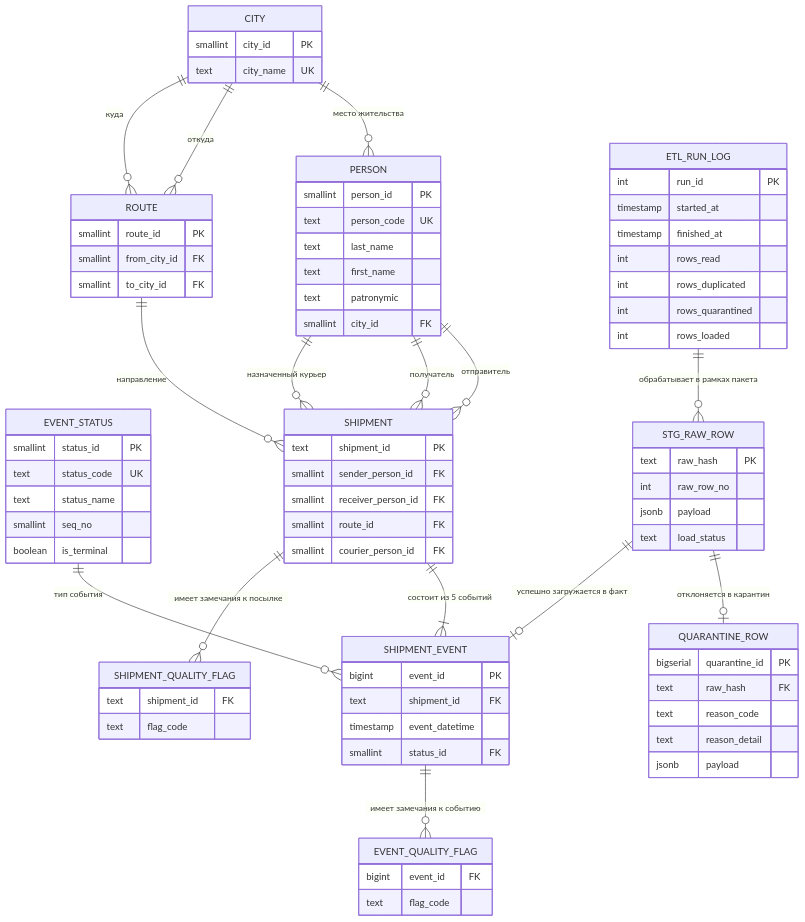
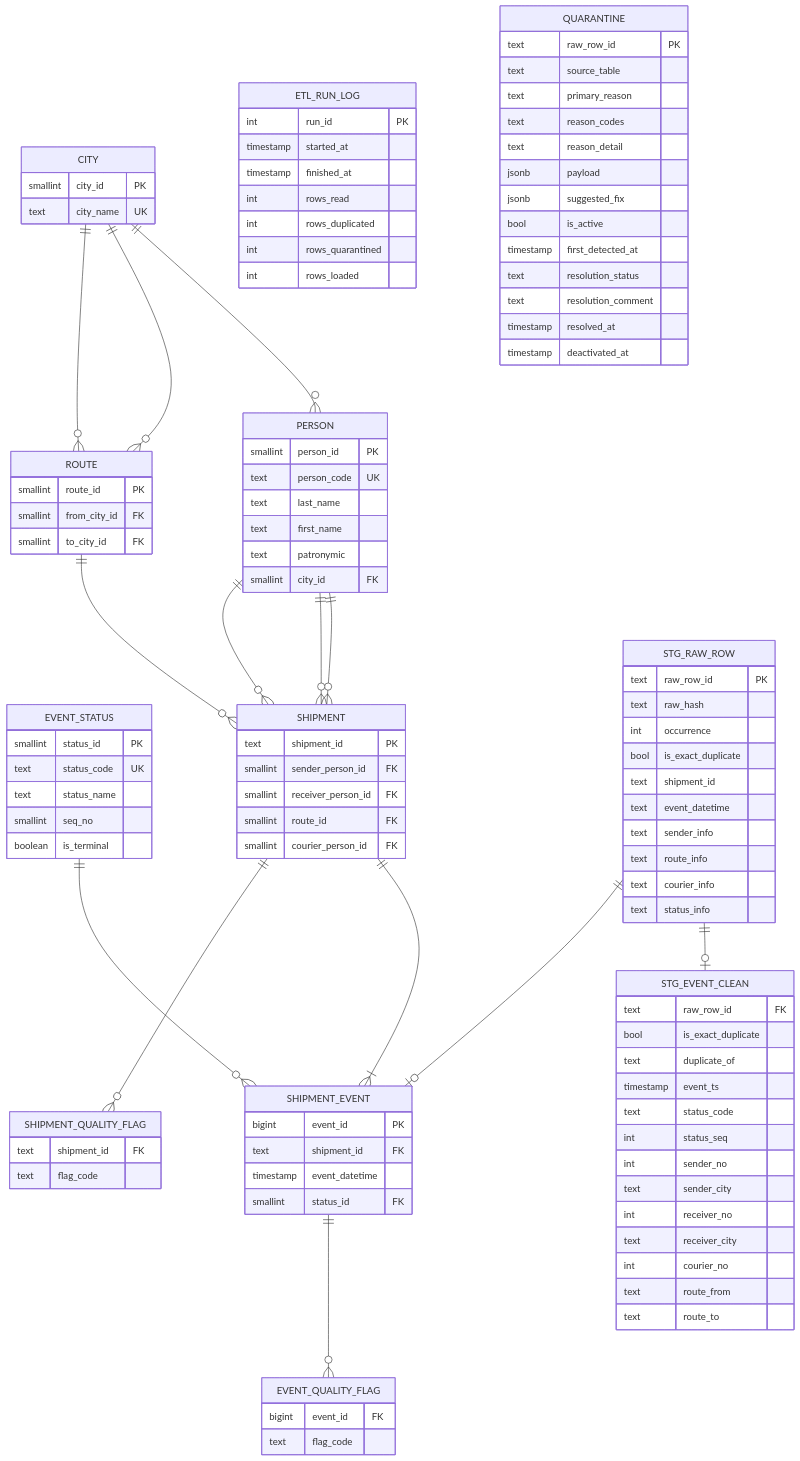
Before and after one commit to MikhailNv/pkad: the third of 3 diagrams in 03_04_PhysDataDDL.md, drawn with Mermaid. The commit also changed other lines of this file and 3 other files, not shown here.

````diff
--- a/03_04_PhysDataDDL.md
+++ b/03_04_PhysDataDDL.md
@@ -185,19 +218,49 @@
         int       rows_loaded
     }
 
-    STG_RAW_ROW {
-        text      raw_hash           PK
-        int       raw_row_no
-        jsonb     payload
-        text      load_status
+    STG_EVENT_CLEAN {
+        text      raw_row_id         FK
+        bool      is_exact_duplicate
+        text      duplicate_of
+        timestamp event_ts
+        text      status_code
+        int       status_seq
+        int       sender_no
+        text      sender_city
+        int       receiver_no
+        text      receiver_city
+        int       courier_no
+        text      route_from
+        text      route_to
     }
 
-    QUARANTINE_ROW {
-        bigserial quarantine_id      PK
-        text      raw_hash FK
-        text      reason_code
+    STG_RAW_ROW {
+        text      raw_row_id         PK
+        text      raw_hash
+        int       occurrence
+        bool      is_exact_duplicate
+        text      shipment_id
+        text      event_datetime
+        text      sender_info
+        text      route_info
+        text      courier_info
+        text      status_info
+    }
+
+    QUARANTINE {
+        text      raw_row_id         PK
+        text      source_table
+        text      primary_reason
+        text      reason_codes
         text      reason_detail
         jsonb     payload
+        jsonb     suggested_fix
+        bool      is_active
+        timestamp first_detected_at
+        text      resolution_status
+        text      resolution_comment
+        timestamp resolved_at
+        timestamp deactivated_at
     }
 
     EVENT_QUALITY_FLAG {
@@ -210,18 +273,17 @@
         text      flag_code
     }
 
-    CITY           ||--o{ PERSON                : "место жительства"
-    CITY           ||--o{ ROUTE                 : "откуда"
-    CITY           ||--o{ ROUTE                 : "куда"
-    PERSON         ||--o{ SHIPMENT              : "отправитель"
-    PERSON         ||--o{ SHIPMENT              : "получатель"
-    PERSON         ||--o{ SHIPMENT              : "назначенный курьер"
-    ROUTE          ||--o{ SHIPMENT              : "направление"
-    SHIPMENT       ||--|{ SHIPMENT_EVENT        : "состоит из 5 событий"
-    EVENT_STATUS   ||--o{ SHIPMENT_EVENT        : "тип события"
-    ETL_RUN_LOG    ||--o{ STG_RAW_ROW           : "обрабатывает в рамках пакета"
-    STG_RAW_ROW    ||--o| QUARANTINE_ROW        : "отклоняется в карантин"
-    STG_RAW_ROW    ||--o| SHIPMENT_EVENT        : "успешно загружается в факт"
-    SHIPMENT_EVENT ||--o{ EVENT_QUALITY_FLAG    : "имеет замечания к событию"
-    SHIPMENT       ||--o{ SHIPMENT_QUALITY_FLAG : "имеет замечания к посылке"
+    CITY           ||--o{ PERSON                : ""
+    CITY           ||--o{ ROUTE                 : ""
+    CITY           ||--o{ ROUTE                 : ""
+    PERSON         ||--o{ SHIPMENT              : ""
+    PERSON         ||--o{ SHIPMENT              : ""
+    PERSON         ||--o{ SHIPMENT              : ""
+    ROUTE          ||--o{ SHIPMENT              : ""
+    SHIPMENT       ||--|{ SHIPMENT_EVENT        : ""
+    EVENT_STATUS   ||--o{ SHIPMENT_EVENT        : ""
+    STG_RAW_ROW    ||--o| STG_EVENT_CLEAN       : ""
+    STG_RAW_ROW    ||--o| SHIPMENT_EVENT        : ""
+    SHIPMENT_EVENT ||--o{ EVENT_QUALITY_FLAG    : ""
+    SHIPMENT       ||--o{ SHIPMENT_QUALITY_FLAG : ""
 ```
````
